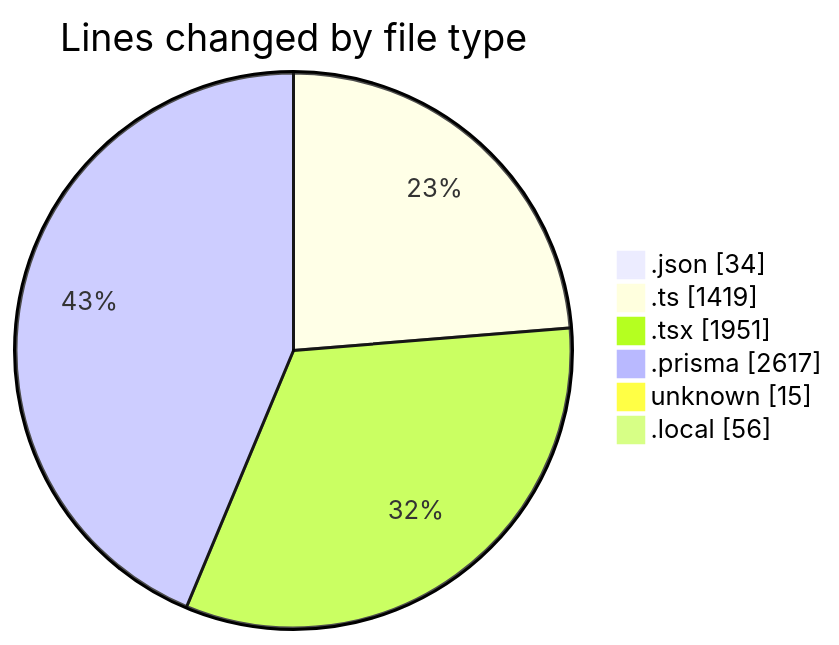
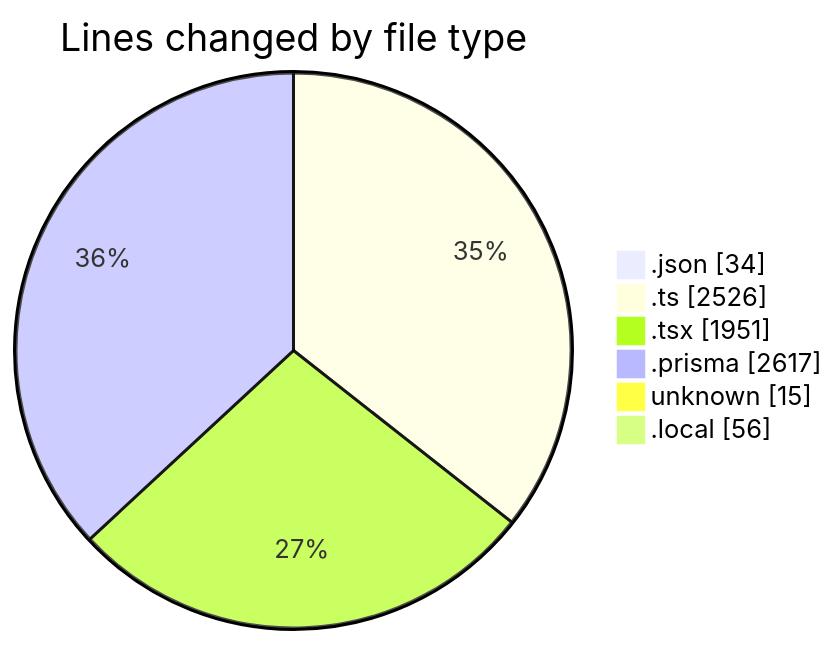
The first of 2 diagrams in 2025-05-15/ecodeli-1/README.md (CELIANVF/code-tracking), drawn with Mermaid before and after one commit. The commit also changed other lines of this file and 1 other file, not shown here.

````diff
--- a/2025-05-15/ecodeli-1/README.md
+++ b/2025-05-15/ecodeli-1/README.md
@@ -35,10 +36,10 @@
 ```mermaid
 pie showData
 title Lines changed by file type
 ".json" : 34
-".ts" : 1419
+".ts" : 2526
 ".tsx" : 1951
 ".prisma" : 2617
 "unknown" : 15
 ".local" : 56
 ```
````
